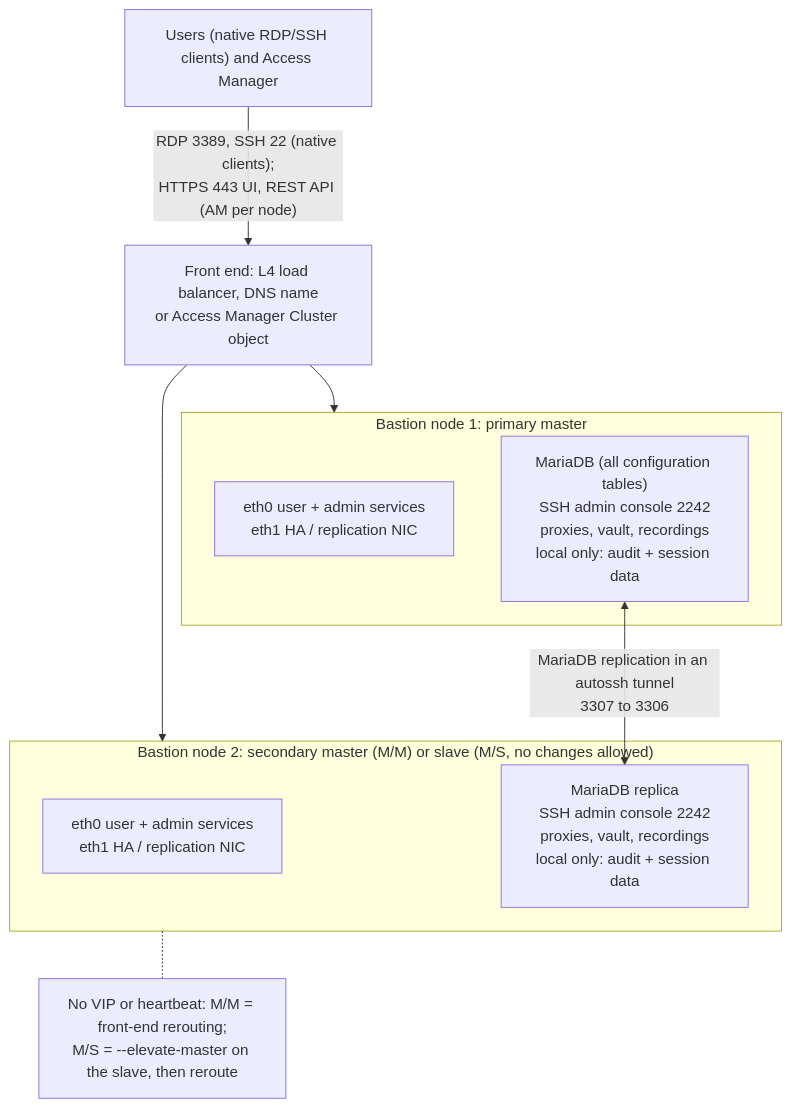
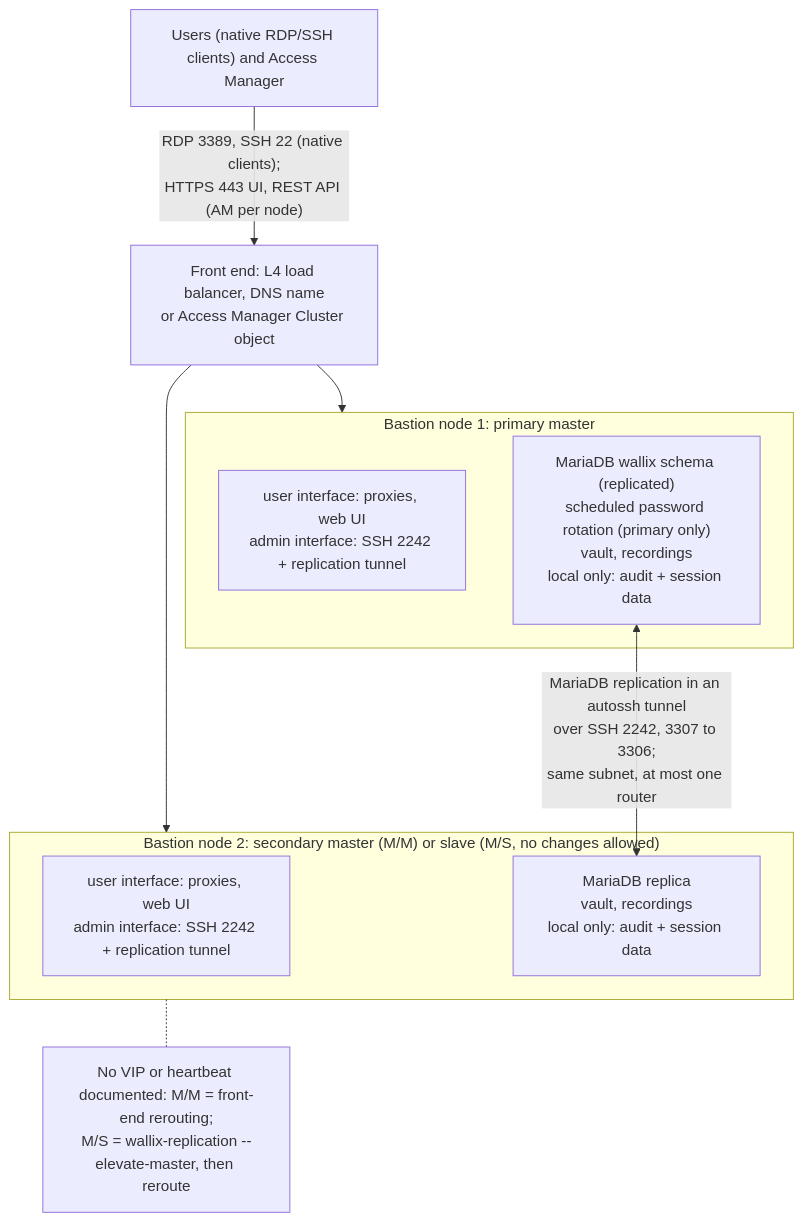
Before and after one commit to morandeirachema/Trustelem-: the diagram in tools/diagrams/03-bastion-cluster.mmd, drawn with Mermaid. The commit also changed 22 other files, not shown here.

```diff
--- a/tools/diagrams/03-bastion-cluster.mmd
+++ b/tools/diagrams/03-bastion-cluster.mmd
@@ -1,17 +1,17 @@
 flowchart TB
     USERS["Users (native RDP/SSH clients) and Access Manager"]
     FE["Front end: L4 load balancer, DNS name<br/>or Access Manager Cluster object"]
     subgraph B1["Bastion node 1: primary master"]
-        B1A["eth0 user + admin services<br/>eth1 HA / replication NIC"]
-        B1B["MariaDB (all configuration tables)<br/>SSH admin console 2242<br/>proxies, vault, recordings<br/>local only: audit + session data"]
+        B1A["user interface: proxies, web UI<br/>admin interface: SSH 2242 + replication tunnel"]
+        B1B["MariaDB wallix schema (replicated)<br/>scheduled password rotation (primary only)<br/>vault, recordings<br/>local only: audit + session data"]
     end
     subgraph B2["Bastion node 2: secondary master (M/M) or slave (M/S, no changes allowed)"]
-        B2A["eth0 user + admin services<br/>eth1 HA / replication NIC"]
-        B2B["MariaDB replica<br/>SSH admin console 2242<br/>proxies, vault, recordings<br/>local only: audit + session data"]
+        B2A["user interface: proxies, web UI<br/>admin interface: SSH 2242 + replication tunnel"]
+        B2B["MariaDB replica<br/>vault, recordings<br/>local only: audit + session data"]
     end
     USERS -->|"RDP 3389, SSH 22 (native clients);<br/>HTTPS 443 UI, REST API (AM per node)"| FE
     FE --> B1
     FE --> B2
-    B1B <-->|MariaDB replication in an autossh tunnel<br/>3307 to 3306| B2B
-    NOTE["No VIP or heartbeat: M/M = front-end rerouting;<br/>M/S = --elevate-master on the slave, then reroute"]
+    B1B <-->|MariaDB replication in an autossh tunnel<br/>over SSH 2242, 3307 to 3306;<br/>same subnet, at most one router| B2B
+    NOTE["No VIP or heartbeat documented: M/M = front-end rerouting;<br/>M/S = wallix-replication --elevate-master, then reroute"]
     B2 -.- NOTE
```
